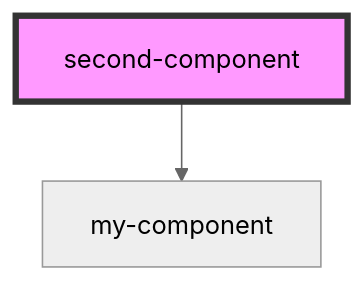
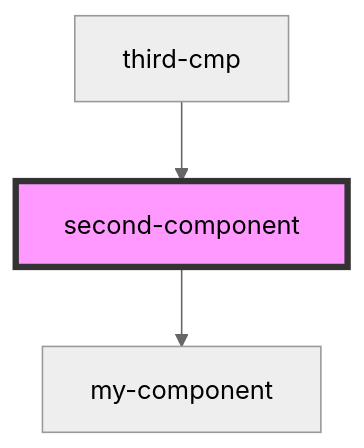
Before and after one commit to arvindanta/stencil-import-error: the diagram in src/components/second-component/readme.md, drawn with Mermaid (neutral theme). The commit also changed other lines of this file and 13 other files, not shown here.

````diff
--- a/src/components/second-component/readme.md
+++ b/src/components/second-component/readme.md
@@ -15,5 +19,6 @@
 ```mermaid
 graph TD;
   second-component --> my-component
+  third-cmp --> second-component
   style second-component fill:#f9f,stroke:#333,stroke-width:4px
 ```
````
